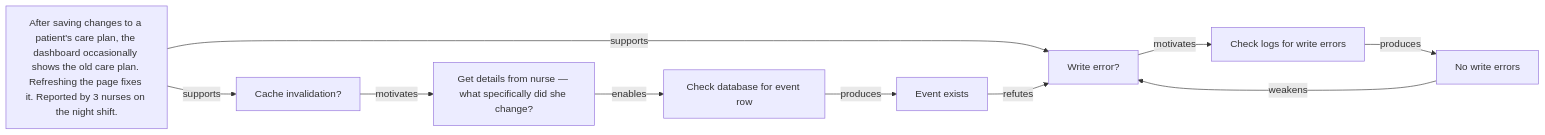
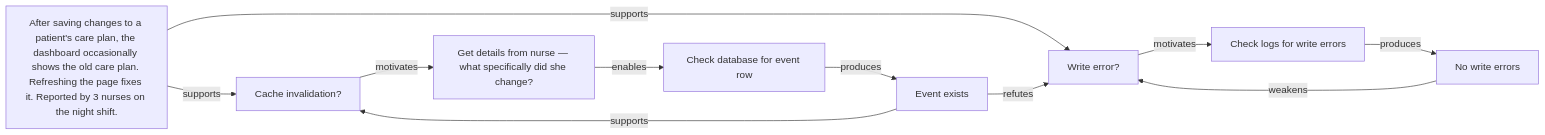
The diagram in diagrams/bug.mmd (kahunacohen/why), drawn with Mermaid before and after one commit.

```diff
--- a/diagrams/bug.mmd
+++ b/diagrams/bug.mmd
@@ -1,30 +1,31 @@
 %% Bug report: After saving changes to a patient's care plan, the dashboard occasionally shows the old care plan. Refreshing the page fixes it. Reported by 3 nurses on the night shift.
 %% Root cause: The care plan save endpoint updates a care_plan_notes table but doesn't touch the main care_plans record. The cache invalidation job checks care_plans.updated_at to decide what to evict. Since that timestamp never changes, the job skips it, and the cache keeps
 %% serving the old care plan.
 
 flowchart LR
 
 B1["After saving changes to a patient's care plan, the dashboard occasionally shows the old care plan. Refreshing the page fixes it. Reported by 3 nurses on the night shift."]
 H1["Write error?"]
 H2["Cache invalidation?"]
 
 B1 --> |supports| H1
 B1 --> |supports| H2
 
 A1["Check logs for write errors"]
 H1 --> |motivates| A1
 
 O1["No write errors"]
 A1 --> |produces| O1
 O1 --> |weakens| H1
 
 H2--> |motivates| A2
 
 A2["Get details from nurse — what specifically did she change?"]
 A3["Check database for event row"]
 A2 --> |enables| A3 
 
 O2["Event exists"]
 A3 --> |produces| O2
 
 O2 --> |refutes| H1
+O2 --> |supports| H2
```
